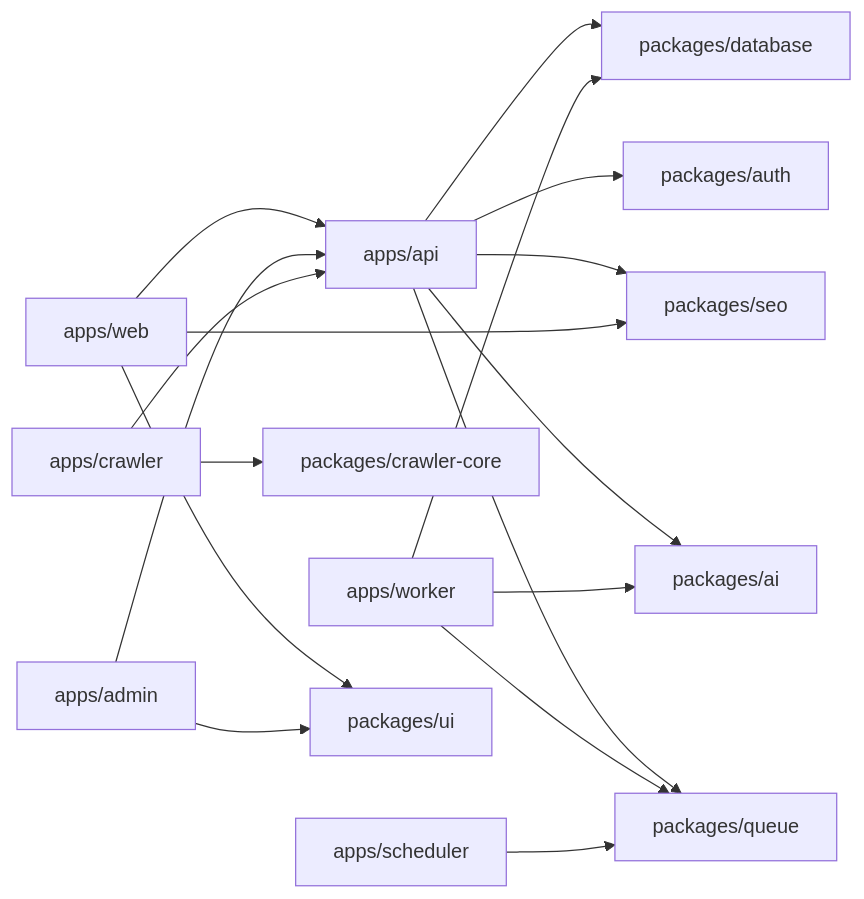
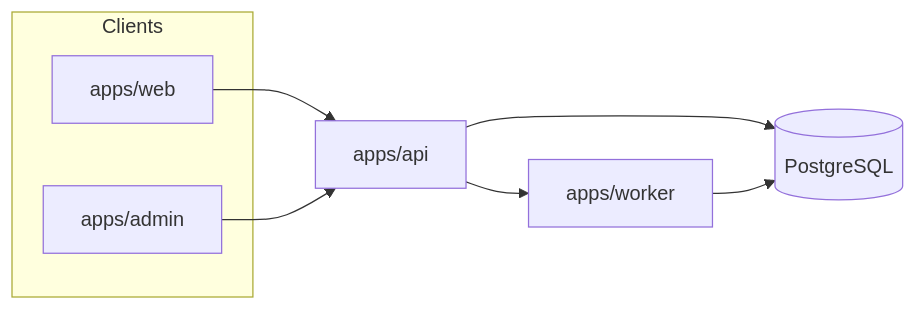
Before and after one commit to zhshg/ai-tool-cms: the diagram in docs/01-architecture/README.md, drawn with Mermaid. The commit also changed other lines of this file and 24 other files, not shown here.

First line of the commit message:
docs: establish full software architecture specification (docs/01-architecture)

````diff
--- a/docs/01-architecture/README.md
+++ b/docs/01-architecture/README.md
@@ -862,23 +99,15 @@
 ```mermaid
 flowchart LR
-    WEB[apps/web] --> API[apps/api]
-    ADMIN[apps/admin] --> API
-    API --> DB[packages/database]
-    API --> AUTH[packages/auth]
-    API --> SEO[packages/seo]
-    API --> AI[packages/ai]
-    API --> QUEUE[packages/queue]
-
-    WORKER[apps/worker] --> QUEUE
-    WORKER --> DB
-    WORKER --> AI
-
-    CRAWLER[apps/crawler] --> CRAWLER_CORE[packages/crawler-core]
-    CRAWLER --> API
-
-    SCHED[apps/scheduler] --> QUEUE
-
-    WEB --> UI[packages/ui]
-    ADMIN --> UI
-    WEB --> SEO
+    subgraph Clients
+        WEB[apps/web]
+        ADM[apps/admin]
+    end
+    API[apps/api]
+    WRK[apps/worker]
+    PG[(PostgreSQL)]
+    WEB --> API
+    ADM --> API
+    API --> PG
+    API --> WRK
+    WRK --> PG
 ```
````
